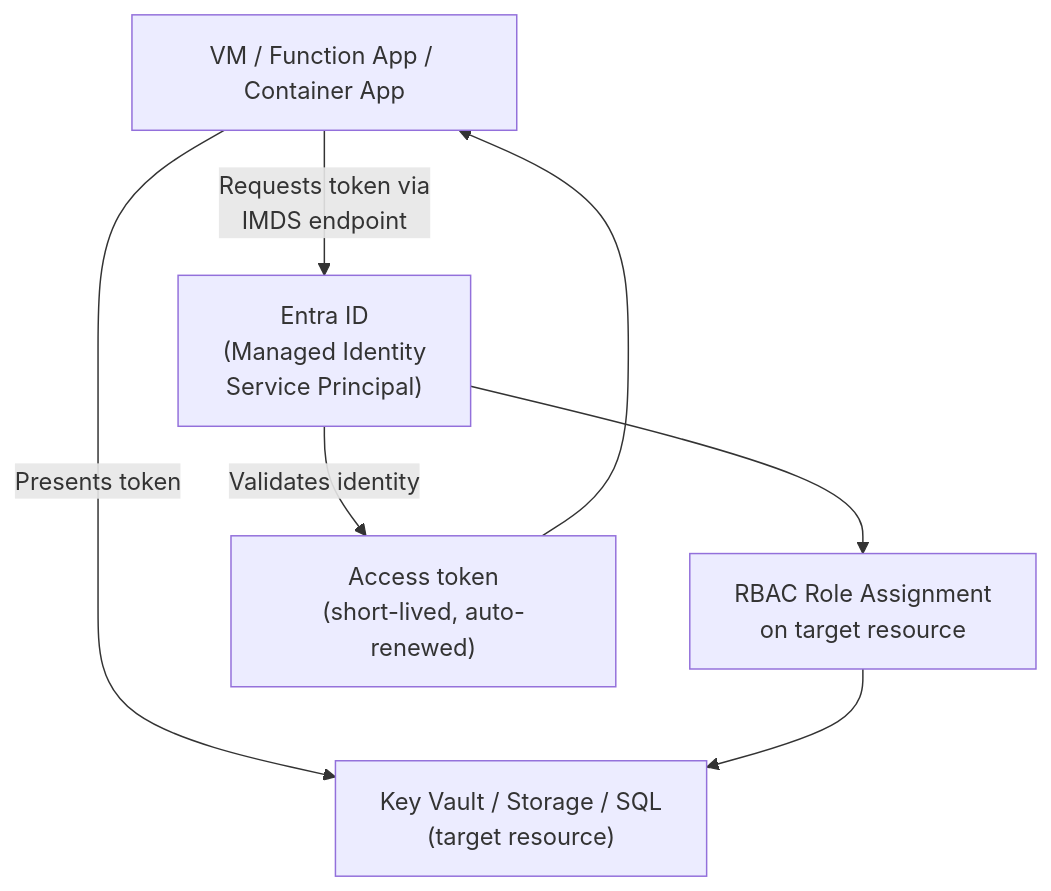
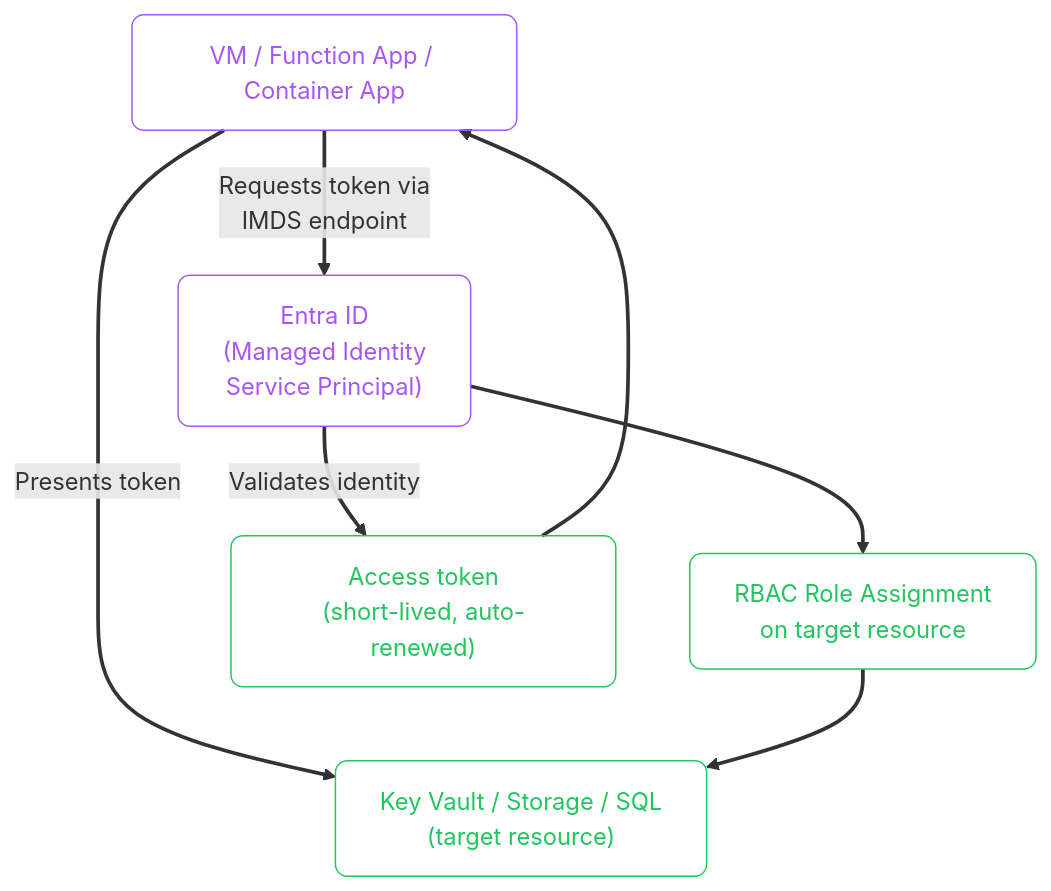
Before and after one commit to zafarale/cloudification: the third of 7 diagrams in src/content/cloud/azure/03-securing-your-system.mdx, drawn with Mermaid. The commit also changed other lines of this file and 84 other files, not shown here.

````diff
--- a/src/content/cloud/azure/03-securing-your-system.mdx
+++ b/src/content/cloud/azure/03-securing-your-system.mdx
@@ -92,14 +106,20 @@
 ```mermaid
 flowchart TD
-    VM["VM / Function App / Container App"]
-    ENTRA_ID["Entra ID\n(Managed Identity\nService Principal)"]
-    RBAC_GRANT["RBAC Role Assignment\non target resource"]
-    TARGET["Key Vault / Storage / SQL\n(target resource)"]
-    TOKEN["Access token\n(short-lived, auto-renewed)"]
+    accTitle: Managed Identities: Eliminating Credentials from Services
+    accDescr: Flowchart (td) showing VM / Function App / Container App, Managed Identity Service Principal, RBAC Role Assignment on target resource
+    classDef step fill:none,stroke:#a855f7,color:#a855f7,rx:8,ry:8
+    classDef ok   fill:none,stroke:#22c55e,color:#22c55e,rx:8,ry:8
+    linkStyle default stroke-width:2.5px
 
-    VM -- "Requests token via\nIMDS endpoint" --> ENTRA_ID
+    VM["VM / Function App / Container App"]:::step
+    ENTRA_ID["Entra ID<br/>(Managed Identity<br/>Service Principal)"]:::step
+    RBAC_GRANT["RBAC Role Assignment<br/>on target resource"]:::ok
+    TARGET["Key Vault / Storage / SQL<br/>(target resource)"]:::ok
+    TOKEN["Access token<br/>(short-lived, auto-renewed)"]:::ok
+
+    VM -- "Requests token via<br/>IMDS endpoint" --> ENTRA_ID
     ENTRA_ID -- "Validates identity" --> TOKEN
     TOKEN --> VM
     VM -- "Presents token" --> TARGET
     ENTRA_ID --> RBAC_GRANT --> TARGET
 ```
````
